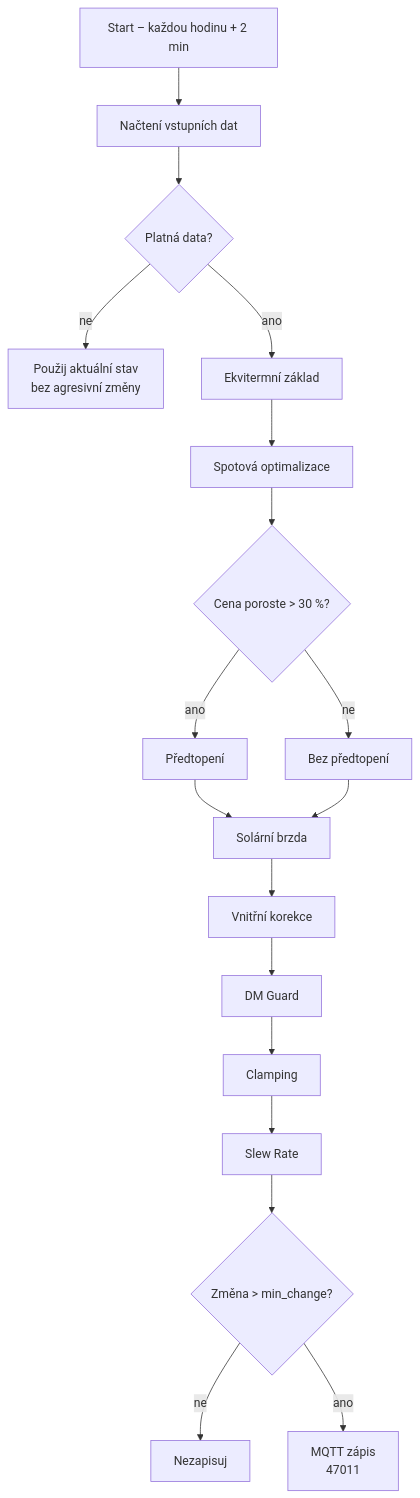
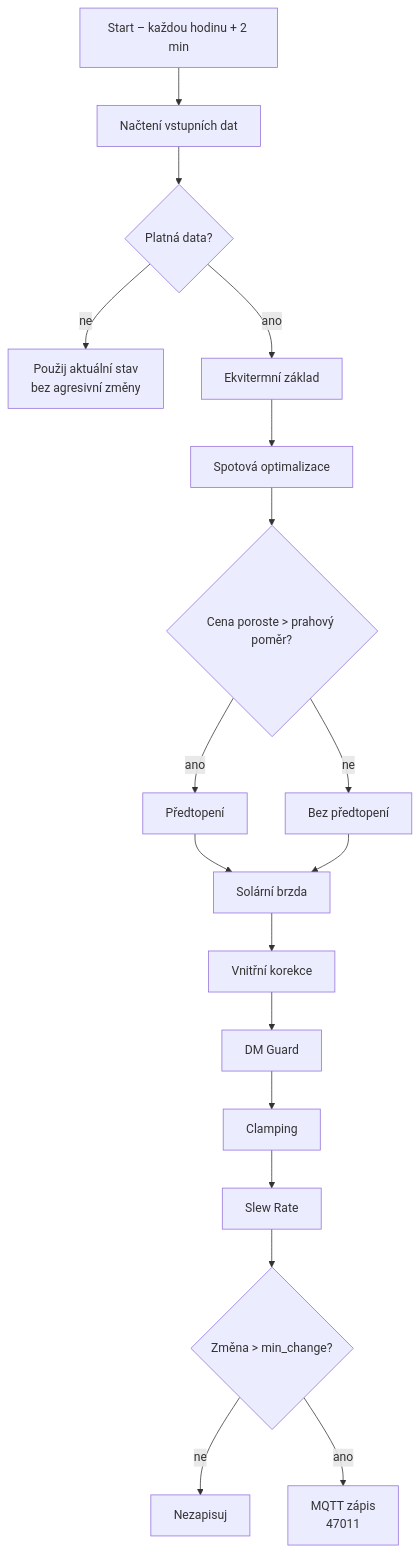
Before and after one commit to Samot89/Smart-NIBE-Control-a-Home-Assistant-MQTT: the diagram in README.md, drawn with Mermaid. The commit also changed other lines of this file and 1 other file, not shown here.

````diff
--- a/README.md
+++ b/README.md
@@ -144,25 +156,25 @@
 ```mermaid
 flowchart TD
     A[Start – každou hodinu + 2 min] --> B[Načtení vstupních dat]
     B --> C{Platná data?}
     C -- ne --> Z[Použij aktuální stav<br/>bez agresivní změny]
     C -- ano --> D[Ekvitermní základ]
 
     D --> E[Spotová optimalizace]
-    E --> F{Cena poroste > 30 %?}
+    E --> F{Cena poroste > prahový poměr?}
     F -- ano --> G[Předtopení]
     F -- ne --> H[Bez předtopení]
 
     G --> I
     H --> I
 
     I[Solární brzda] --> J[Vnitřní korekce]
     J --> K[DM Guard]
     K --> L[Clamping]
     L --> M[Slew Rate]
 
     M --> N{Změna > min_change?}
     N -- ne --> O[Nezapisuj]
     N -- ano --> P[MQTT zápis<br/>47011]
 
 ```
````
